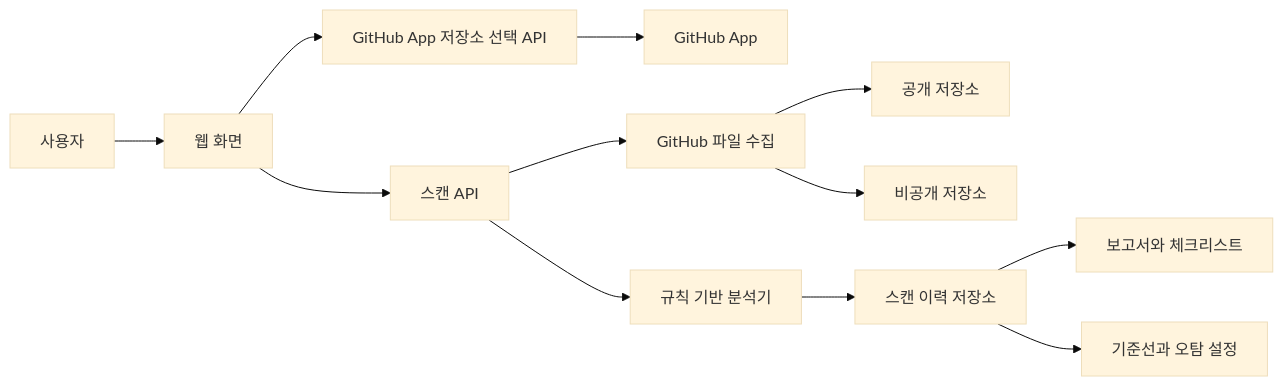
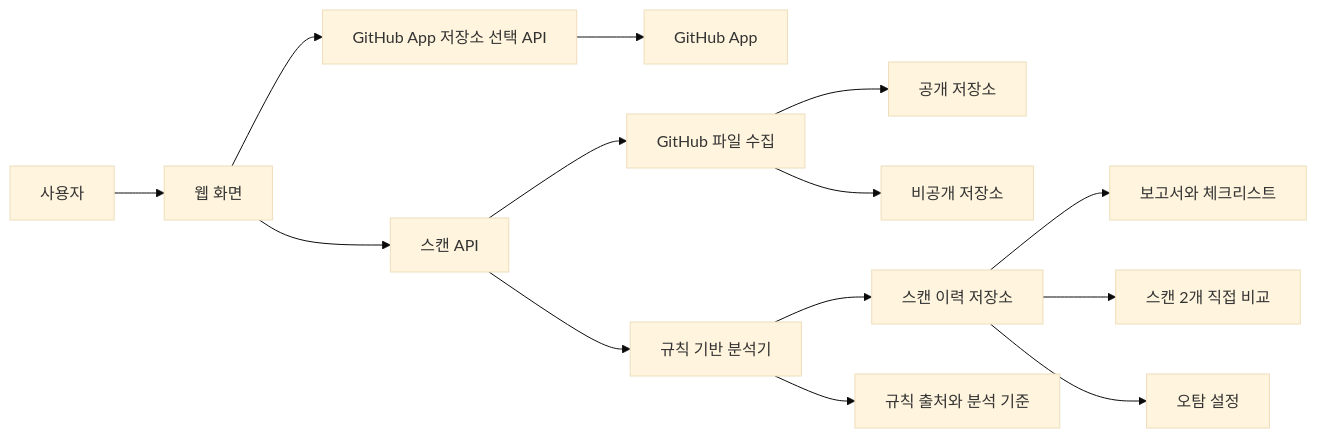
The first of 3 diagrams in README.md (rockenwind/mac_vibecoding), drawn with Mermaid (base theme) before and after one commit. The commit also changed other lines of this file and 13 other files, not shown here.

````diff
--- a/README.md
+++ b/README.md
@@ -27,14 +27,16 @@
 ```mermaid
 flowchart LR
   User["사용자"] --> Web["웹 화면"]
   Web --> ScanAPI["스캔 API"]
   Web --> GitHubPicker["GitHub App 저장소 선택 API"]
   GitHubPicker --> GitHubApp["GitHub App"]
   ScanAPI --> GitHubSource["GitHub 파일 수집"]
   GitHubSource --> PublicRepo["공개 저장소"]
   GitHubSource --> PrivateRepo["비공개 저장소"]
   ScanAPI --> Scanner["규칙 기반 분석기"]
   Scanner --> History["스캔 이력 저장소"]
   History --> Reports["보고서와 체크리스트"]
-  History --> Baseline["기준선과 오탐 설정"]
+  History --> Compare["스캔 2개 직접 비교"]
+  History --> Suppression["오탐 설정"]
+  Scanner --> RuleDetails["규칙 출처와 분석 기준"]
 ```
````
